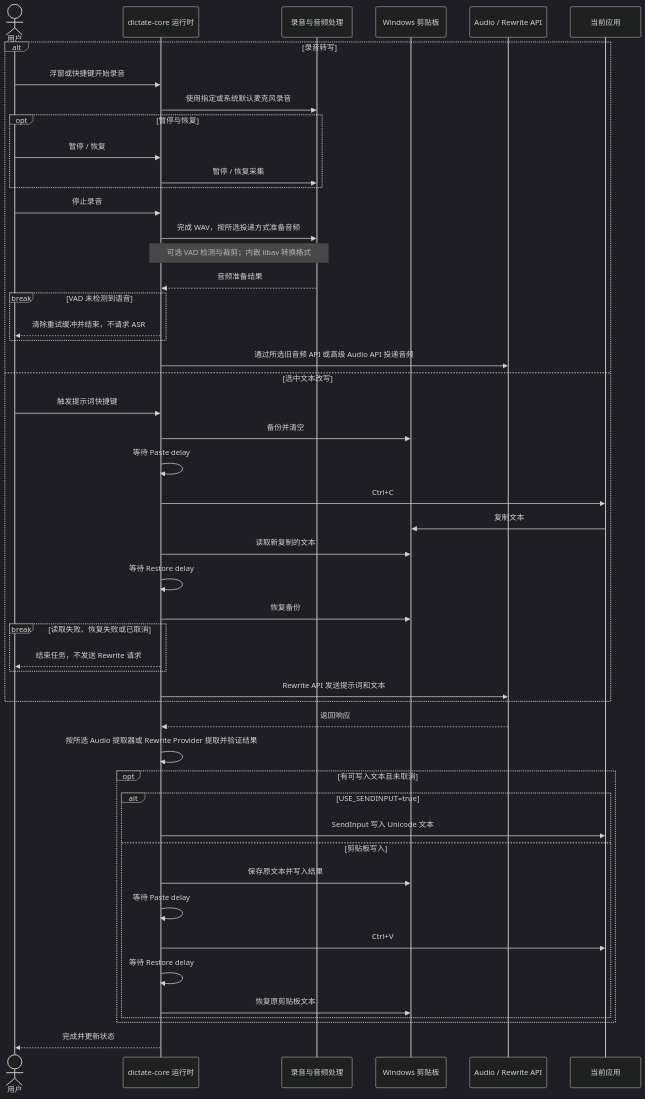
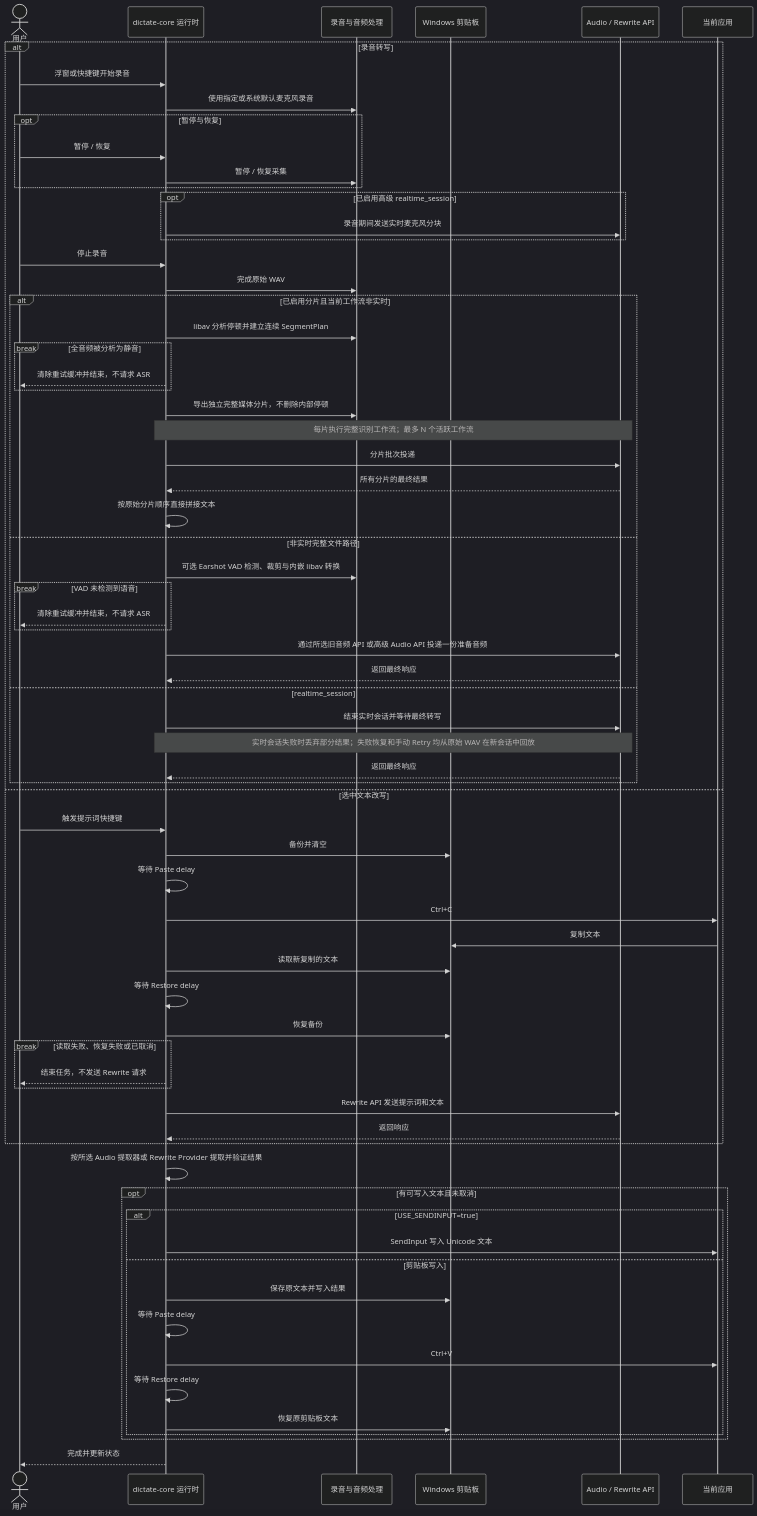
One commit to Joey-Kot/Dictate-for-Windows changed the second of 3 diagrams in README_ZH.md. Above: the diagram before and after it, drawn with Mermaid (dark theme). The commit also changed other lines of this file and 18 other files, not shown here.

````diff
--- a/README_ZH.md
+++ b/README_ZH.md
@@ -83,54 +100,73 @@
 ```mermaid
 sequenceDiagram
     actor User as 用户
     participant Core as dictate-core 运行时
     participant Audio as 录音与音频处理
     participant Clipboard as Windows 剪贴板
     participant API as Audio / Rewrite API
     participant App as 当前应用
 
     alt 录音转写
         User->>Core: 浮窗或快捷键开始录音
         Core->>Audio: 使用指定或系统默认麦克风录音
         opt 暂停与恢复
             User->>Core: 暂停 / 恢复
             Core->>Audio: 暂停 / 恢复采集
         end
+        opt 已启用高级 realtime_session
+            Core->>API: 录音期间发送实时麦克风分块
+        end
         User->>Core: 停止录音
-        Core->>Audio: 完成 WAV，按所选投递方式准备音频
-        Note over Core,Audio: 可选 VAD 检测与裁剪；内嵌 libav 转换格式
-        Audio-->>Core: 音频准备结果
-        break VAD 未检测到语音
-            Core-->>User: 清除重试缓冲并结束，不请求 ASR
+        Core->>Audio: 完成原始 WAV
+        alt 已启用分片且当前工作流非实时
+            Core->>Audio: libav 分析停顿并建立连续 SegmentPlan
+            break 全音频被分析为静音
+                Core-->>User: 清除重试缓冲并结束，不请求 ASR
+            end
+            Core->>Audio: 导出独立完整媒体分片，不删除内部停顿
+            Note over Core,API: 每片执行完整识别工作流；最多 N 个活跃工作流
+            Core->>API: 分片批次投递
+            API-->>Core: 所有分片的最终结果
+            Core->>Core: 按原始分片顺序直接拼接文本
+        else 非实时完整文件路径
+            Core->>Audio: 可选 Earshot VAD 检测、裁剪与内嵌 libav 转换
+            break VAD 未检测到语音
+                Core-->>User: 清除重试缓冲并结束，不请求 ASR
+            end
+            Core->>API: 通过所选旧音频 API 或高级 Audio API 投递一份准备音频
+            API-->>Core: 返回最终响应
+        else realtime_session
+            Core->>API: 结束实时会话并等待最终转写
+            Note over Core,API: 实时会话失败时丢弃部分结果；失败恢复和手动 Retry 均从原始 WAV 在新会话中回放
+            API-->>Core: 返回最终响应
         end
-        Core->>API: 通过所选旧音频 API 或高级 Audio API 投递音频
     else 选中文本改写
         User->>Core: 触发提示词快捷键
         Core->>Clipboard: 备份并清空
         Core->>Core: 等待 Paste delay
         Core->>App: Ctrl+C
         App->>Clipboard: 复制文本
         Core->>Clipboard: 读取新复制的文本
         Core->>Core: 等待 Restore delay
         Core->>Clipboard: 恢复备份
         break 读取失败、恢复失败或已取消
             Core-->>User: 结束任务，不发送 Rewrite 请求
         end
         Core->>API: Rewrite API 发送提示词和文本
+        API-->>Core: 返回响应
     end
 
-    API-->>Core: 返回响应
     Core->>Core: 按所选 Audio 提取器或 Rewrite Provider 提取并验证结果
     opt 有可写入文本且未取消
         alt USE_SENDINPUT=true
             Core->>App: SendInput 写入 Unicode 文本
         else 剪贴板写入
             Core->>Clipboard: 保存原文本并写入结果
             Core->>Core: 等待 Paste delay
             Core->>App: Ctrl+V
             Core->>Core: 等待 Restore delay
             Core->>Clipboard: 恢复原剪贴板文本
         end
     end
     Core-->>User: 完成并更新状态
 ```
````
